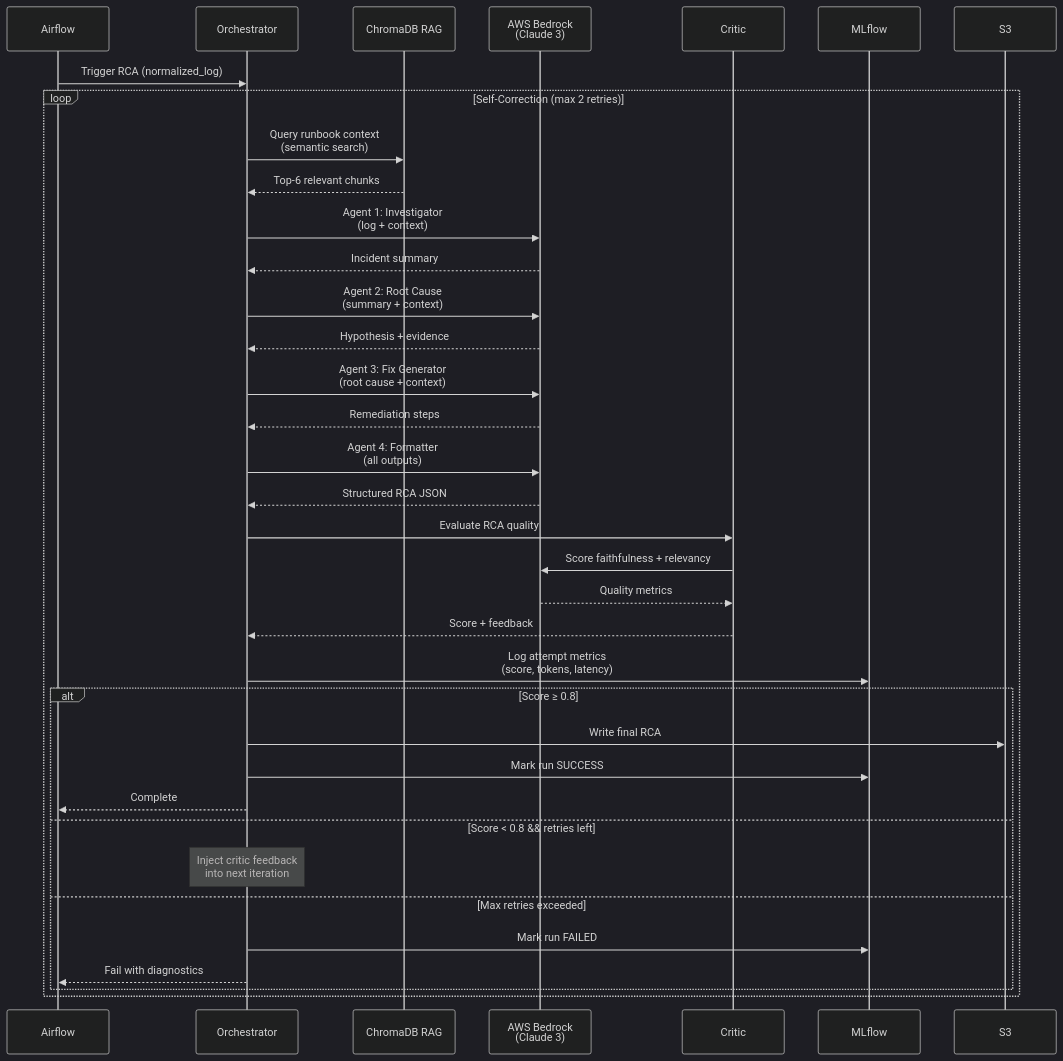
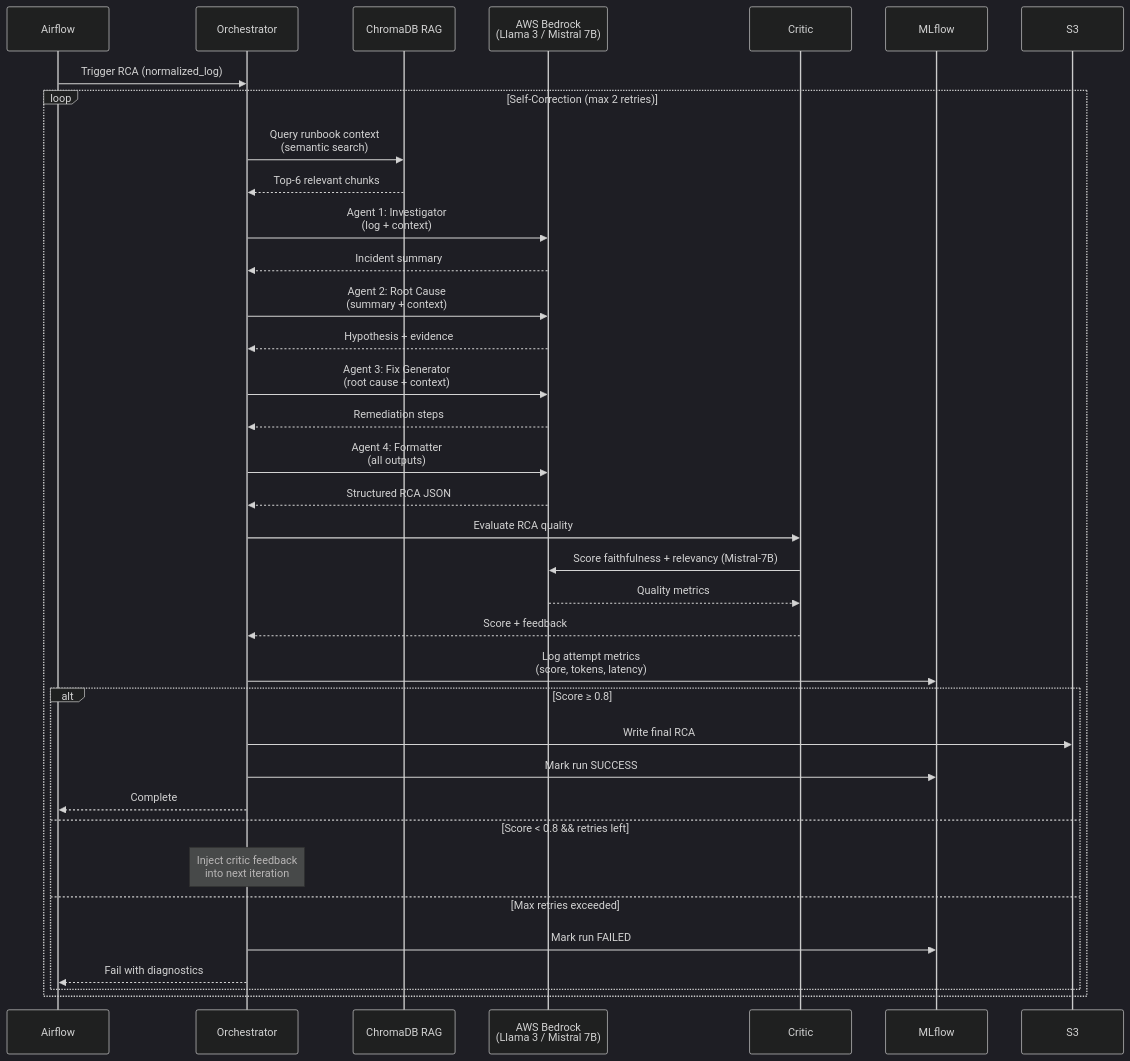
One commit to nasim-raj-laskar/InfraMind changed the second of 16 diagrams in README.md. Above: the diagram before and after it, drawn with Mermaid (dark theme). The commit also changed other lines of this file and 1 other file, not shown here.

````diff
--- a/README.md
+++ b/README.md
@@ -81,47 +81,47 @@
 ```mermaid
 sequenceDiagram
     participant Airflow
     participant Orchestrator
     participant RAG as ChromaDB RAG
-    participant Bedrock as AWS Bedrock<br/>(Claude 3)
+    participant Bedrock as AWS Bedrock<br/>(Llama 3 / Mistral 7B)
     participant Critic
     participant MLflow
     participant S3
     
     Airflow->>Orchestrator: Trigger RCA (normalized_log)
     
     loop Self-Correction (max 2 retries)
         Orchestrator->>RAG: Query runbook context<br/>(semantic search)
         RAG-->>Orchestrator: Top-6 relevant chunks
         
         Orchestrator->>Bedrock: Agent 1: Investigator<br/>(log + context)
         Bedrock-->>Orchestrator: Incident summary
         
         Orchestrator->>Bedrock: Agent 2: Root Cause<br/>(summary + context)
         Bedrock-->>Orchestrator: Hypothesis + evidence
         
         Orchestrator->>Bedrock: Agent 3: Fix Generator<br/>(root cause + context)
         Bedrock-->>Orchestrator: Remediation steps
         
         Orchestrator->>Bedrock: Agent 4: Formatter<br/>(all outputs)
         Bedrock-->>Orchestrator: Structured RCA JSON
         
         Orchestrator->>Critic: Evaluate RCA quality
-        Critic->>Bedrock: Score faithfulness + relevancy
+        Critic->>Bedrock: Score faithfulness + relevancy (Mistral-7B)
         Bedrock-->>Critic: Quality metrics
         Critic-->>Orchestrator: Score + feedback
         
         Orchestrator->>MLflow: Log attempt metrics<br/>(score, tokens, latency)
         
         alt Score ≥ 0.8
             Orchestrator->>S3: Write final RCA
             Orchestrator->>MLflow: Mark run SUCCESS
             Orchestrator-->>Airflow: Complete
         else Score < 0.8 && retries left
             Note over Orchestrator: Inject critic feedback<br/>into next iteration
         else Max retries exceeded
             Orchestrator->>MLflow: Mark run FAILED
             Orchestrator-->>Airflow: Fail with diagnostics
         end
     end
 ```
````
